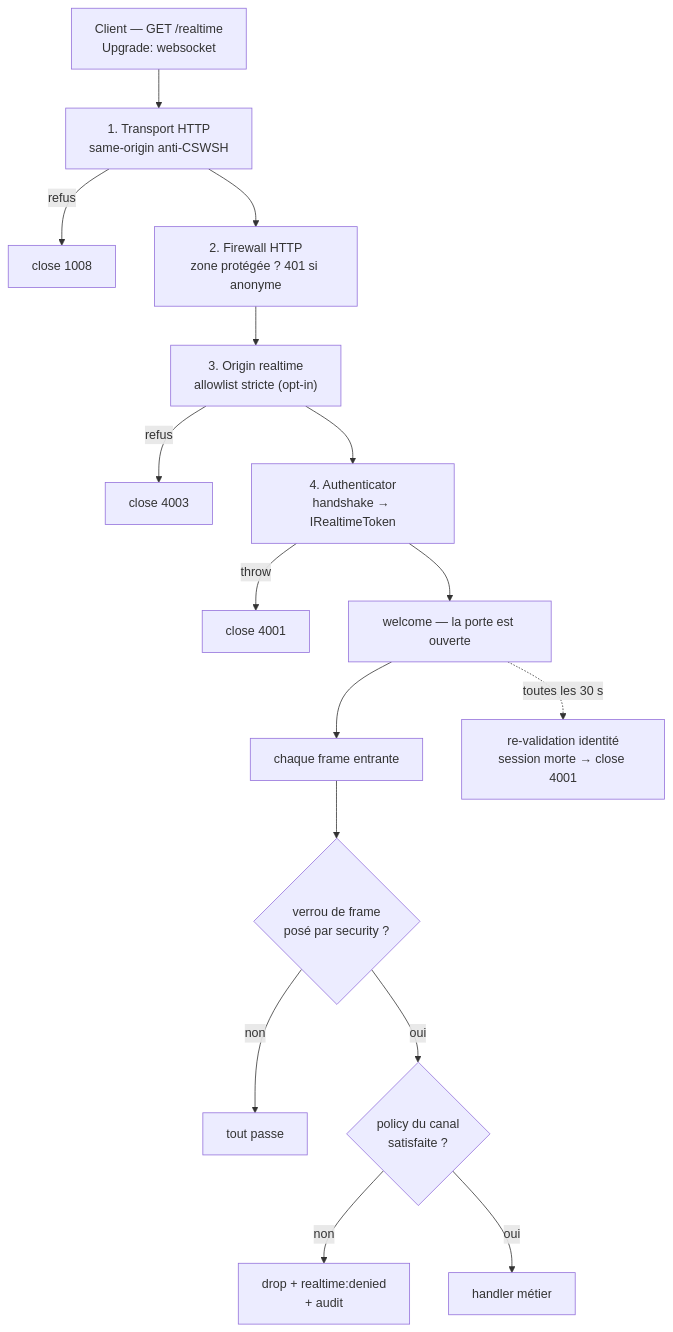
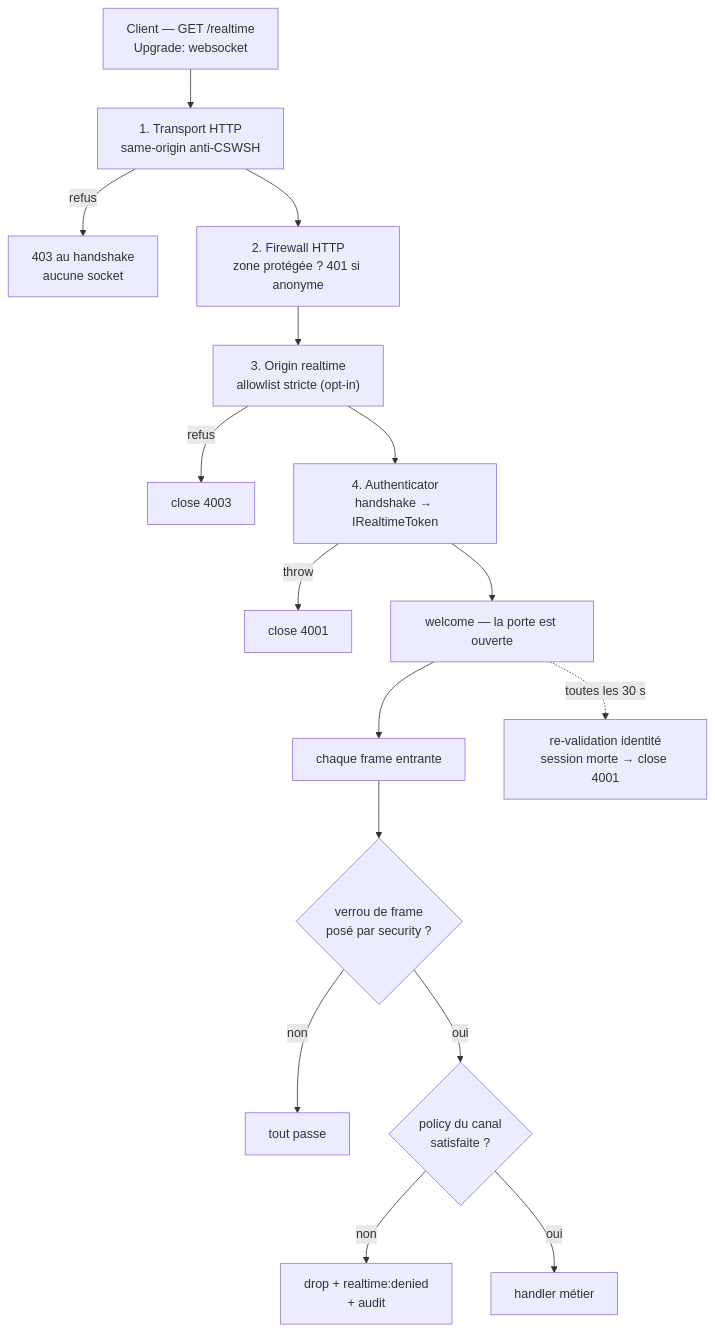
Before and after one commit to nodefony/nodefony-core: the first of 2 diagrams in src/packages/@nodefony/realtime/docs/securite.md, drawn with Mermaid. The commit also changed other lines of this file and 40 other files, not shown here.

First line of the commit message:
docs: dire le refus WebSocket avant le 101, et recaler les ancres par le diff

````diff
--- a/src/packages/@nodefony/realtime/docs/securite.md
+++ b/src/packages/@nodefony/realtime/docs/securite.md
@@ -49,18 +49,18 @@
 ```mermaid
 flowchart TD
   C["Client — GET /realtime<br/>Upgrade: websocket"] --> H1["1. Transport HTTP<br/>same-origin anti-CSWSH"]
-  H1 -->|refus| X1["close 1008"]
+  H1 -->|refus| X1["403 au handshake<br/>aucune socket"]
   H1 --> H2["2. Firewall HTTP<br/>zone protégée ? 401 si anonyme"]
   H2 --> H3["3. Origin realtime<br/>allowlist stricte (opt-in)"]
   H3 -->|refus| X2["close 4003"]
   H3 --> H4["4. Authenticator<br/>handshake → IRealtimeToken"]
   H4 -->|throw| X3["close 4001"]
   H4 --> W["welcome — la porte est ouverte"]
   W --> F["chaque frame entrante"]
   F --> V{"verrou de frame<br/>posé par security ?"}
   V -->|non| PASS["tout passe"]
   V -->|oui| D{"policy du canal<br/>satisfaite ?"}
   D -->|non| DEN["drop + realtime:denied<br/>+ audit"]
   D -->|oui| ACT["handler métier"]
   W -.->|toutes les 30 s| REV["re-validation identité<br/>session morte → close 4001"]
 ```
````
